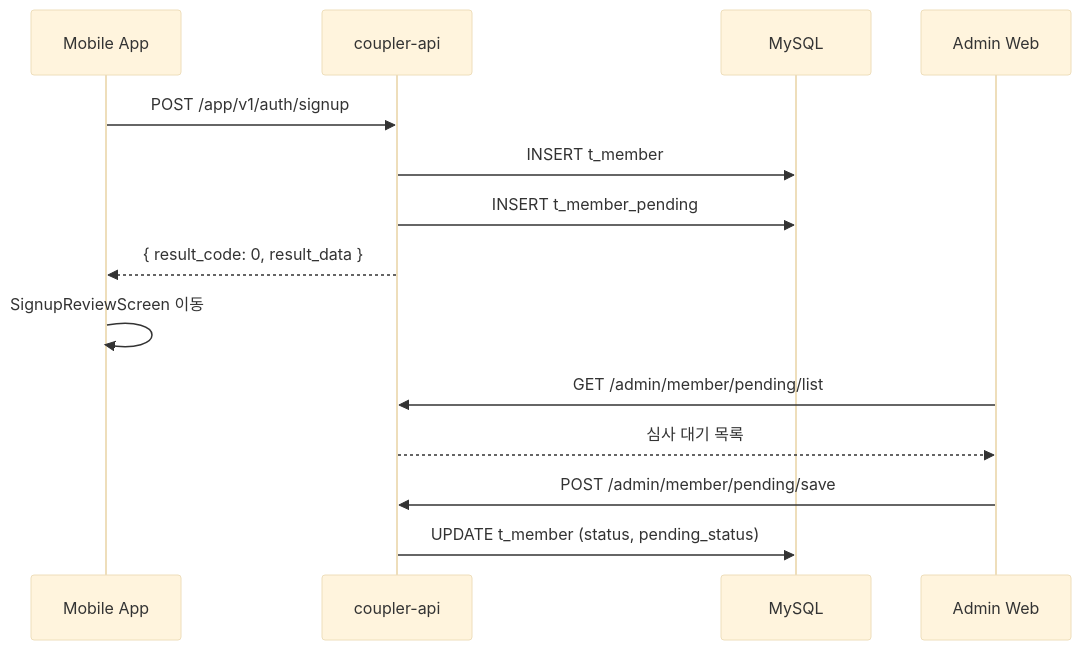
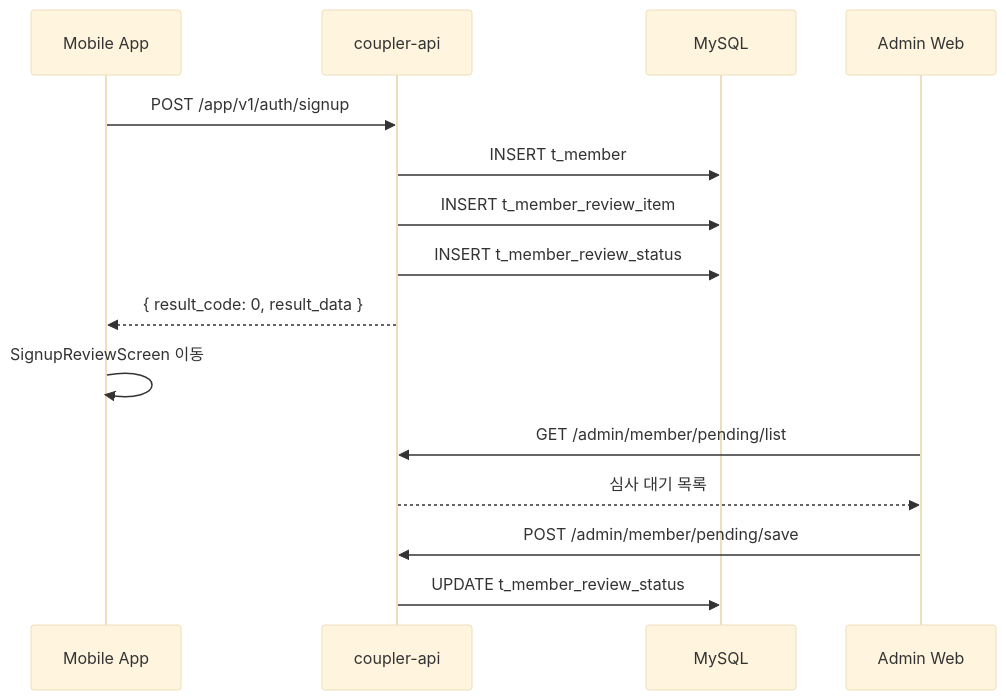
One commit to coupler-developer/docs changed the diagram in content/flows/cross-project/user-registration-flow.md. Above: the diagram before and after it, drawn with Mermaid (base theme). The commit also changed other lines of this file and 2 other files, not shown here.

````diff
--- a/content/flows/cross-project/user-registration-flow.md
+++ b/content/flows/cross-project/user-registration-flow.md
@@ -15,17 +15,18 @@
 ```mermaid
 sequenceDiagram
     participant App as Mobile App
     participant API as coupler-api
     participant DB as MySQL
     participant Admin as Admin Web
 
     App->>API: POST /app/v1/auth/signup
     API->>DB: INSERT t_member
-    API->>DB: INSERT t_member_pending
+    API->>DB: INSERT t_member_review_item
+    API->>DB: INSERT t_member_review_status
     API-->>App: { result_code: 0, result_data }
     App->>App: SignupReviewScreen 이동
     Admin->>API: GET /admin/member/pending/list
     API-->>Admin: 심사 대기 목록
     Admin->>API: POST /admin/member/pending/save
-    API->>DB: UPDATE t_member (status, pending_status)
+    API->>DB: UPDATE t_member_review_status
 ```
````
